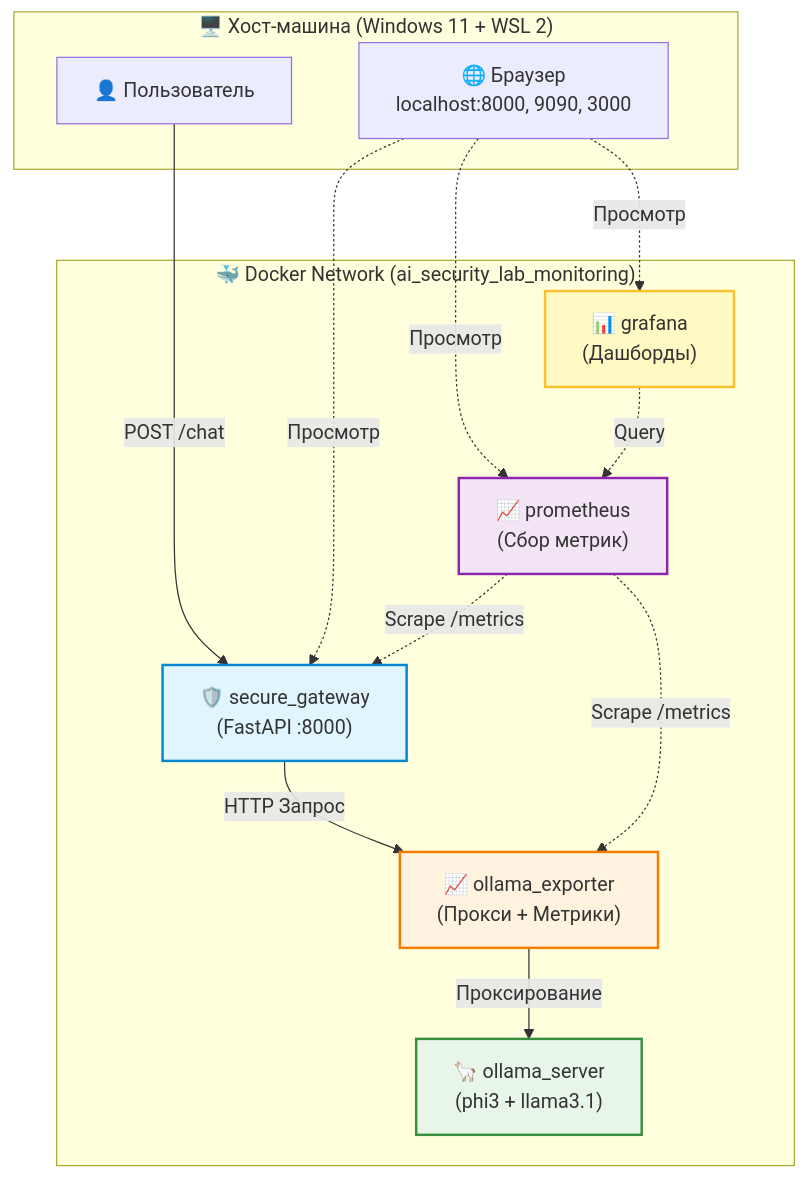
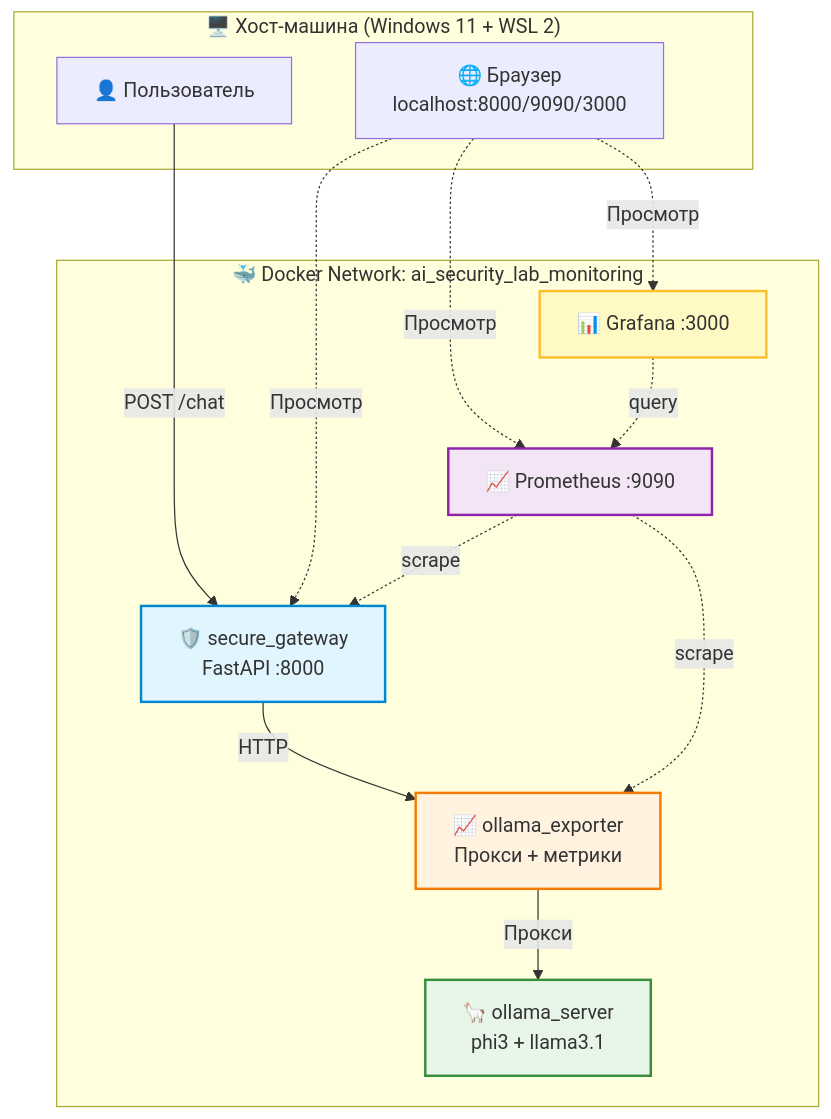
Before and after one commit to klubnikindd/AI_Security_Lab: the fifth of 9 diagrams in README.md, drawn with Mermaid. The commit also changed other lines of this file, not shown here.

Commit message:
docs: Complete README rewrite — remove duplicates, fix Codespaces link, sync with LLM Judge and Exporter

````diff
--- a/README.md
+++ b/README.md
@@ -243,33 +234,28 @@
 ```mermaid
 graph TD
     subgraph Host["🖥️ Хост-машина (Windows 11 + WSL 2)"]
-        User[👤 Пользователь]
-        Browser[🌐 Браузер<br/>localhost:8000, 9090, 3000]
+        User["👤 Пользователь"]
+        Browser["🌐 Браузер<br/>localhost:8000/9090/3000"]
     end
-
-    subgraph DockerNet["🐳 Docker Network (ai_security_lab_monitoring)"]
-        Gateway["🛡️ secure_gateway<br/>(FastAPI :8000)"]
-        Exporter["📈 ollama_exporter<br/>(Прокси + Метрики)"]
-        Ollama["🦙 ollama_server<br/>(phi3 + llama3.1)"]
-        Prom["📈 prometheus<br/>(Сбор метрик)"]
-        Graf["📊 grafana<br/>(Дашборды)"]
+    subgraph DockerNet["🐳 Docker Network: ai_security_lab_monitoring"]
+        GW["🛡️ secure_gateway<br/>FastAPI :8000"]
+        EXP["📈 ollama_exporter<br/>Прокси + метрики"]
+        OL["🦙 ollama_server<br/>phi3 + llama3.1"]
+        PROM["📈 Prometheus :9090"]
+        GRAF["📊 Grafana :3000"]
     end
-
-    User -->|"POST /chat"| Gateway
-    Gateway -->|"HTTP Запрос"| Exporter
-    Exporter -->|"Проксирование"| Ollama
-    
-    Prom -.->|"Scrape /metrics"| Gateway
-    Prom -.->|"Scrape /metrics"| Exporter
-    Graf -.->|"Query"| Prom
-    
-    Browser -.->|"Просмотр"| Gateway
-    Browser -.->|"Просмотр"| Prom
-    Browser -.->|"Просмотр"| Graf
-
-    style Gateway fill:#e1f5fe,stroke:#0288d1,stroke-width:2px
-    style Ollama fill:#e8f5e9,stroke:#388e3c,stroke-width:2px
-    style Exporter fill:#fff3e0,stroke:#f57c00,stroke-width:2px
-    style Prom fill:#f3e5f5,stroke:#8e24aa,stroke-width:2px
-    style Graf fill:#fff9c4,stroke:#fbc02d,stroke-width:2px
+    User -->|"POST /chat"| GW
+    GW -->|"HTTP"| EXP
+    EXP -->|"Прокси"| OL
+    PROM -.->|"scrape"| GW
+    PROM -.->|"scrape"| EXP
+    GRAF -.->|"query"| PROM
+    Browser -.->|"Просмотр"| GW
+    Browser -.->|"Просмотр"| PROM
+    Browser -.->|"Просмотр"| GRAF
+    style GW fill:#e1f5fe,stroke:#0288d1,stroke-width:2px
+    style OL fill:#e8f5e9,stroke:#388e3c,stroke-width:2px
+    style EXP fill:#fff3e0,stroke:#f57c00,stroke-width:2px
+    style PROM fill:#f3e5f5,stroke:#8e24aa,stroke-width:2px
+    style GRAF fill:#fff9c4,stroke:#fbc02d,stroke-width:2px
 ```
````
